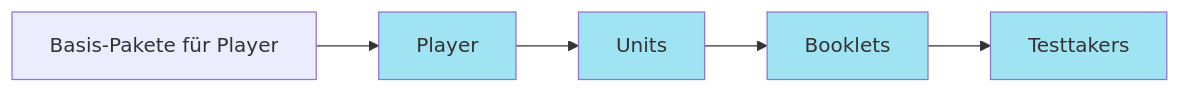
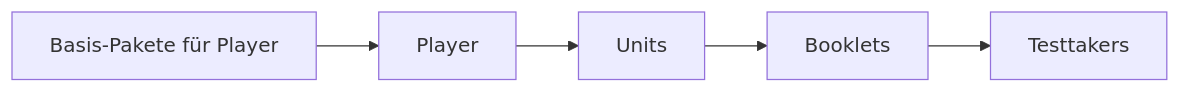
One commit to iqb-berlin/tba-info changed the diagram in Testcenter/Testinhalte/index.qmd. Above: the diagram before and after it, drawn with Mermaid. The commit also changed other lines of this file and 7 other files, not shown here.

````diff
--- a/Testcenter/Testinhalte/index.qmd
+++ b/Testcenter/Testinhalte/index.qmd
@@ -10,11 +10,7 @@
 ```{mermaid}
 flowchart LR
   A[Basis-Pakete für Player] --> B[Player]
-  style B fill:#a0e3f3
   B --> C[Units]
-  style C fill:#a0e3f3
   C --> D[Booklets]
-  style D fill:#a0e3f3
   D --> E[Testtakers]
-  style E fill:#a0e3f3
 ```
````
